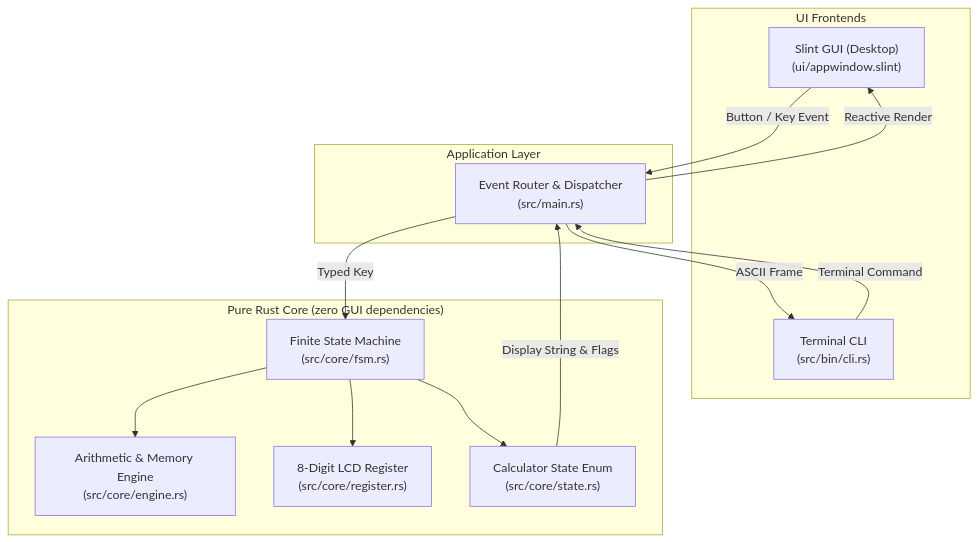
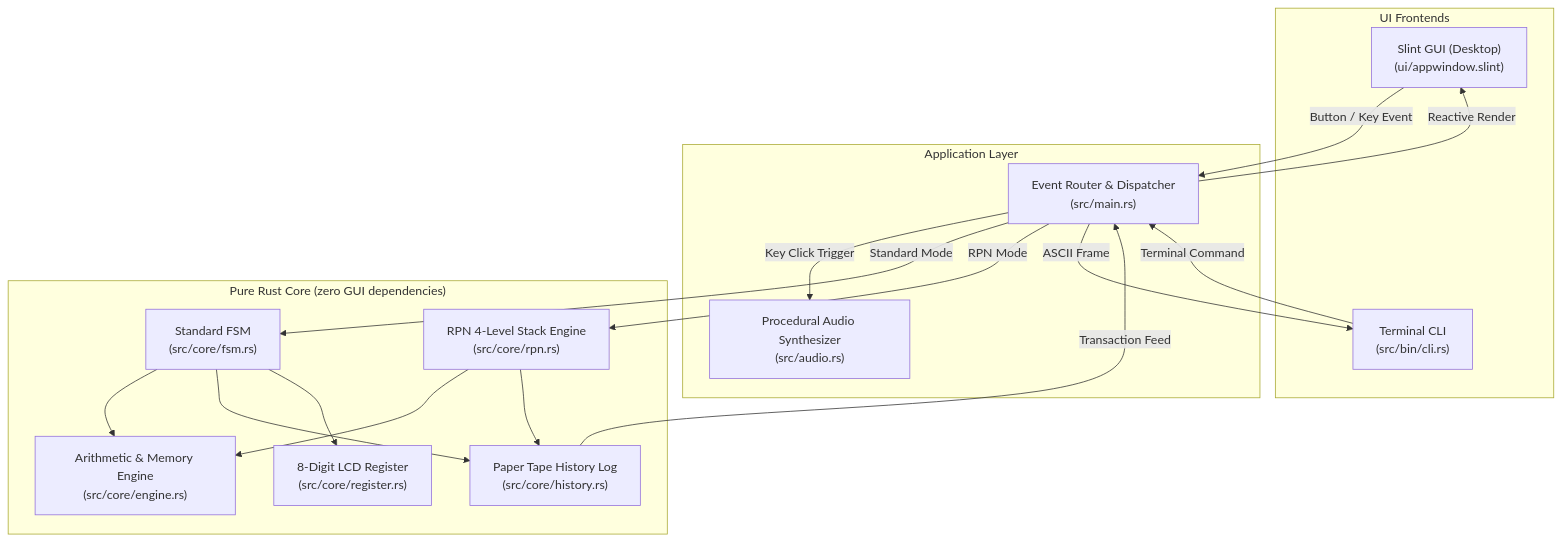
One commit to vikman90/heptaseg changed the diagram in README.md. Above: the diagram before and after it, drawn with Mermaid. The commit also changed other lines of this file and 5 other files, not shown here.

Commit message:
docs: update documentation, architectural specs, and bump version to 0.2.0

````diff
--- a/README.md
+++ b/README.md
@@ -60,28 +66,34 @@
 ```mermaid
 flowchart TD
     subgraph Frontends ["UI Frontends"]
         GUI["Slint GUI (Desktop)\n(ui/appwindow.slint)"]
         CLI["Terminal CLI\n(src/bin/cli.rs)"]
     end
 
     subgraph ControllerLayer ["Application Layer"]
         Ctrl["Event Router & Dispatcher\n(src/main.rs)"]
+        Audio["Procedural Audio Synthesizer\n(src/audio.rs)"]
     end
 
     subgraph CoreEngine ["Pure Rust Core (zero GUI dependencies)"]
-        FSM["Finite State Machine\n(src/core/fsm.rs)"]
+        FSM["Standard FSM\n(src/core/fsm.rs)"]
+        RPN["RPN 4-Level Stack Engine\n(src/core/rpn.rs)"]
         Engine["Arithmetic & Memory Engine\n(src/core/engine.rs)"]
+        Tape["Paper Tape History Log\n(src/core/history.rs)"]
         Reg["8-Digit LCD Register\n(src/core/register.rs)"]
-        State["Calculator State Enum\n(src/core/state.rs)"]
     end
 
     GUI -->|Button / Key Event| Ctrl
     CLI -->|Terminal Command| Ctrl
-    Ctrl -->|Typed Key| FSM
+    Ctrl -->|Key Click Trigger| Audio
+    Ctrl -->|Standard Mode| FSM
+    Ctrl -->|RPN Mode| RPN
     FSM --> Engine
+    FSM --> Tape
+    RPN --> Engine
+    RPN --> Tape
     FSM --> Reg
-    FSM --> State
-    State -->|Display String & Flags| Ctrl
+    Tape -->|Transaction Feed| Ctrl
     Ctrl -->|Reactive Render| GUI
     Ctrl -->|ASCII Frame| CLI
 ```
````
